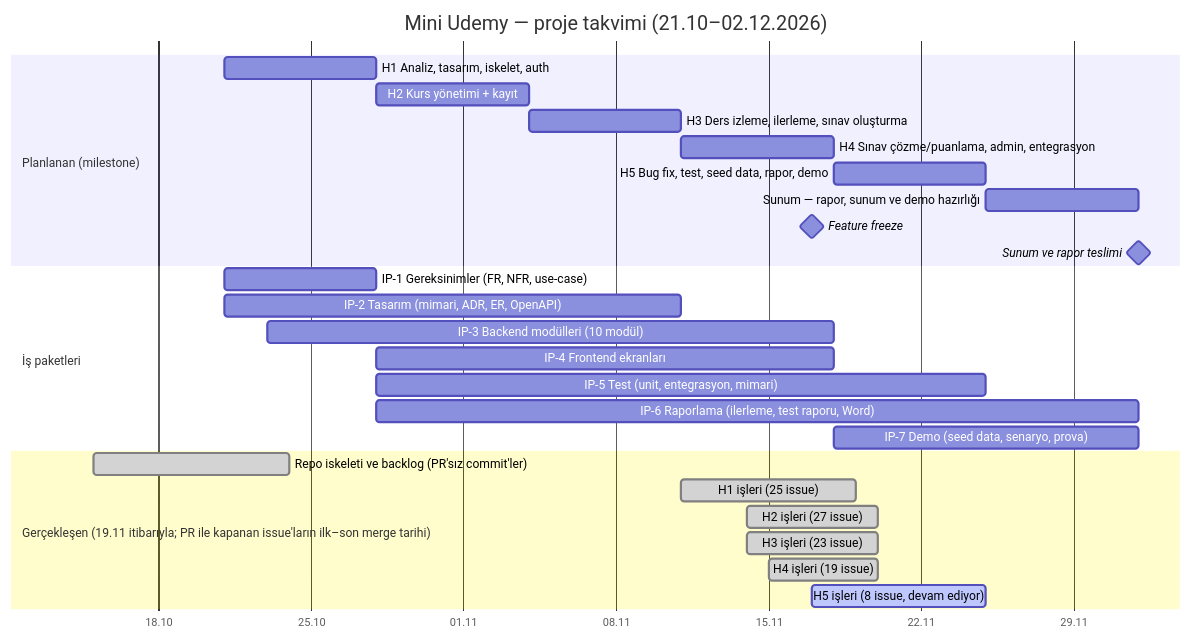
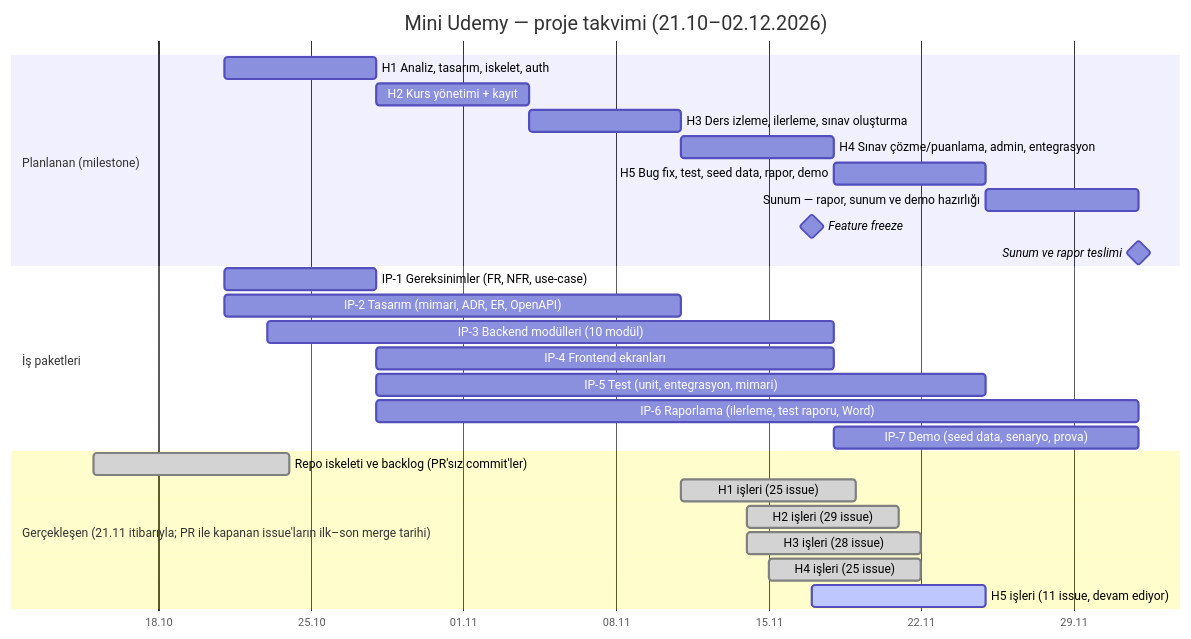
The diagram in docs/diagrams/gantt.mmd (Bertanokt/mini-udemy), drawn with Mermaid before and after one commit. The commit also changed 2 other files, not shown here.

```diff
--- a/docs/diagrams/gantt.mmd
+++ b/docs/diagrams/gantt.mmd
@@ -1,32 +1,32 @@
-%% Gantt şeması (#82). Planlanan: milestone'lar (CONTRIBUTING.md › Sprint). Gerçekleşen: GitHub'daki ilk/son merge tarihleri (19.11.2026 itibarıyla).
+%% Gantt şeması (#82). Planlanan: milestone'lar (CONTRIBUTING.md › Sprint). Gerçekleşen: GitHub'daki ilk/son merge tarihleri (21.11.2026 itibarıyla).
 gantt
     title Mini Udemy — proje takvimi (21.10–02.12.2026)
     dateFormat  YYYY-MM-DD
     axisFormat  %d.%m
 
     section Planlanan (milestone)
     H1 Analiz, tasarım, iskelet, auth            :h1, 2026-10-21, 2026-10-28
     H2 Kurs yönetimi + kayıt                      :h2, 2026-10-28, 2026-11-04
     H3 Ders izleme, ilerleme, sınav oluşturma     :h3, 2026-11-04, 2026-11-11
     H4 Sınav çözme/puanlama, admin, entegrasyon   :h4, 2026-11-11, 2026-11-18
     H5 Bug fix, test, seed data, rapor, demo      :h5, 2026-11-18, 2026-11-25
     Sunum — rapor, sunum ve demo hazırlığı        :s1, 2026-11-25, 2026-12-02
     Feature freeze                                :milestone, ff, 2026-11-17, 0d
     Sunum ve rapor teslimi                        :milestone, t1, 2026-12-02, 0d
 
     section İş paketleri
     IP-1 Gereksinimler (FR, NFR, use-case)        :ip1, 2026-10-21, 2026-10-28
     IP-2 Tasarım (mimari, ADR, ER, OpenAPI)       :ip2, 2026-10-21, 2026-11-11
     IP-3 Backend modülleri (10 modül)             :ip3, 2026-10-23, 2026-11-18
     IP-4 Frontend ekranları                       :ip4, 2026-10-28, 2026-11-18
     IP-5 Test (unit, entegrasyon, mimari)         :ip5, 2026-10-28, 2026-11-25
     IP-6 Raporlama (ilerleme, test raporu, Word)  :ip6, 2026-10-28, 2026-12-02
     IP-7 Demo (seed data, senaryo, prova)         :ip7, 2026-11-18, 2026-12-02
 
-    section Gerçekleşen (19.11 itibarıyla; PR ile kapanan issue'ların ilk–son merge tarihi)
+    section Gerçekleşen (21.11 itibarıyla; PR ile kapanan issue'ların ilk–son merge tarihi)
     Repo iskeleti ve backlog (PR'sız commit'ler)  :done, g0, 2026-10-15, 2026-10-24
     H1 işleri (25 issue)                          :done, g1, 2026-11-11, 2026-11-19
-    H2 işleri (27 issue)                          :done, g2, 2026-11-14, 2026-11-20
-    H3 işleri (23 issue)                          :done, g3, 2026-11-14, 2026-11-20
-    H4 işleri (19 issue)                          :done, g4, 2026-11-15, 2026-11-20
-    H5 işleri (8 issue, devam ediyor)             :active, g5, 2026-11-17, 2026-11-25
+    H2 işleri (29 issue)                          :done, g2, 2026-11-14, 2026-11-21
+    H3 işleri (28 issue)                          :done, g3, 2026-11-14, 2026-11-22
+    H4 işleri (25 issue)                          :done, g4, 2026-11-15, 2026-11-22
+    H5 işleri (11 issue, devam ediyor)            :active, g5, 2026-11-17, 2026-11-25
```
